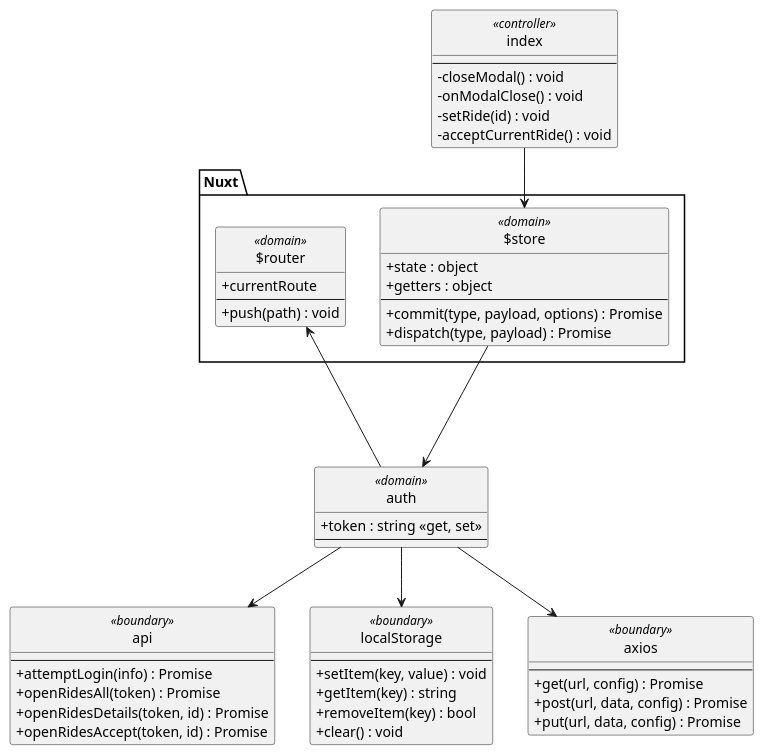
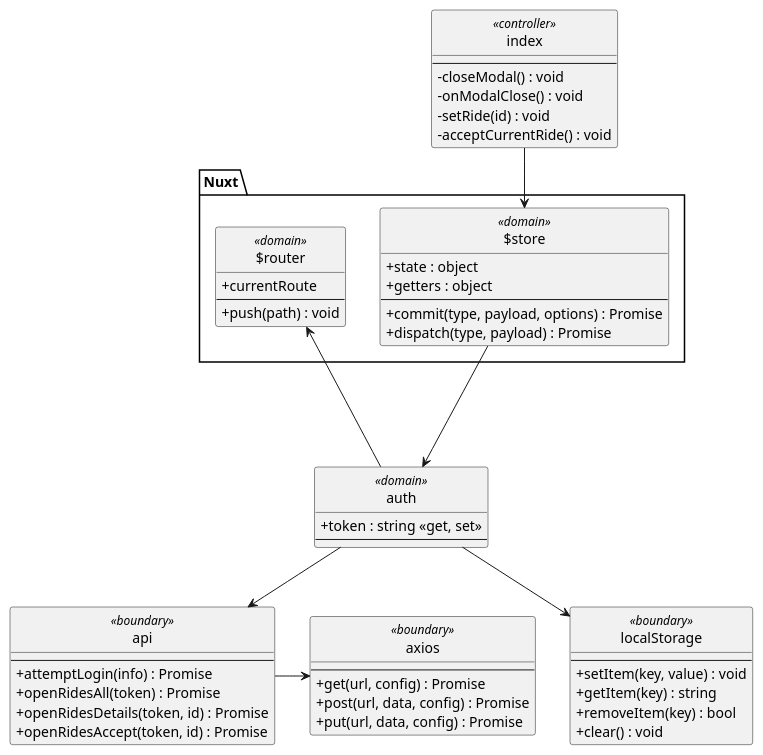
Before and after one commit to Phoenix1355/I4PRJ4-Web: the diagram in docs/class-diagram-uc13-accept.plantuml, drawn with PlantUML. The commit also changed 4 other files, not shown here.

Commit message:
Updated class diagrams

```diff
--- a/docs/class-diagram-uc13-accept.plantuml
+++ b/docs/class-diagram-uc13-accept.plantuml
@@ -1,67 +1,67 @@
 @startuml UC13-Accept
 
 skinparam shadowing false
 skinparam classAttributeIconSize 0
 skinparam monochrome true
 skinparam backgroundColor transparent
 skinparam style strictuml
 
 package Nuxt {
     class $router <<domain>> {
         + currentRoute
         --
         + push(path) : void
     }
     class $store <<domain>> {
         + state : object
         + getters : object
         --
         + commit(type, payload, options) : Promise
         + dispatch(type, payload) : Promise
     }
 }
 
 class index <<controller>> {
     --
     - closeModal() : void
     - onModalClose() : void
     - setRide(id) : void
     - acceptCurrentRide() : void
 }
 index-->$store
 
 
 class auth <<domain>> {
     + token : string <<get, set>>
     --
 }
 $store ---> auth
 auth --> $router
 
 class api <<boundary>> {
     --
     + attemptLogin(info) : Promise
     + openRidesAll(token) : Promise
     + openRidesDetails(token, id) : Promise
     + openRidesAccept(token, id) : Promise
 }
 auth --> api
 
 class localStorage <<boundary>> {
     --
     + setItem(key, value) : void
     + getItem(key) : string
     + removeItem(key) : bool
     + clear() : void
 }
 auth --> localStorage
 
 class axios <<boundary>> {
     --
     + get(url, config) : Promise
     + post(url, data, config) : Promise
     + put(url, data, config) : Promise
 }
-auth --> axios
+api -> axios
 
 @enduml
```
